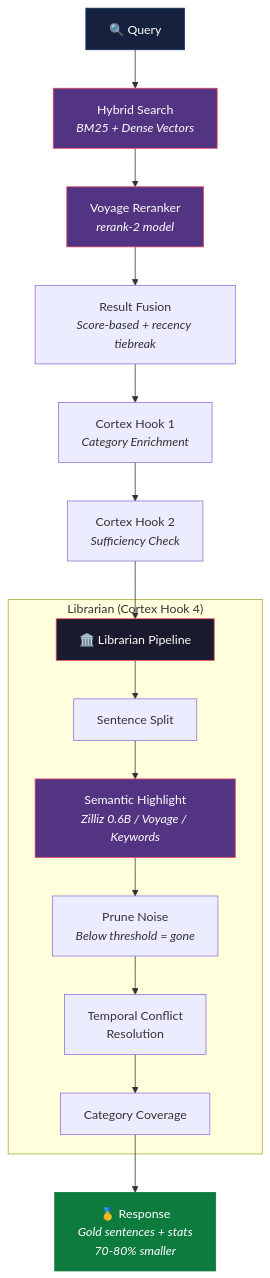
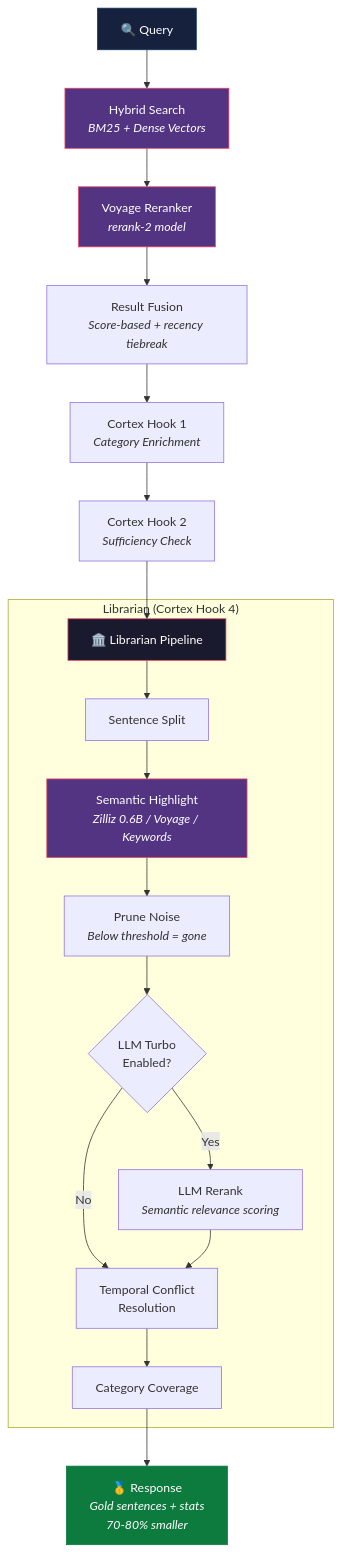
Before and after one commit to TC407-api/titan-memory: the tenth of 10 diagrams in README.md, drawn with Mermaid. The commit also changed other lines of this file and 13 other files, not shown here.

First line of the commit message:
feat: Titan Memory v2.1 — LLM Turbo Layer

````diff
--- a/README.md
+++ b/README.md
@@ -656,26 +697,29 @@
 ```mermaid
 graph TD
     Q["🔍 Query"] --> HS["Hybrid Search<br/><i>BM25 + Dense Vectors</i>"]
     HS --> VR["Voyage Reranker<br/><i>rerank-2 model</i>"]
     VR --> RRF["Result Fusion<br/><i>Score-based + recency tiebreak</i>"]
     RRF --> CB1["Cortex Hook 1<br/><i>Category Enrichment</i>"]
     CB1 --> CB2["Cortex Hook 2<br/><i>Sufficiency Check</i>"]
     CB2 --> LIB["🏛️ Librarian Pipeline"]
 
     subgraph "Librarian (Cortex Hook 4)"
         LIB --> SS["Sentence Split"]
         SS --> SEM["Semantic Highlight<br/><i>Zilliz 0.6B / Voyage / Keywords</i>"]
         SEM --> PRUNE["Prune Noise<br/><i>Below threshold = gone</i>"]
-        PRUNE --> TEMP["Temporal Conflict<br/>Resolution"]
+        PRUNE --> LLM{"LLM Turbo<br/>Enabled?"}
+        LLM -->|Yes| RERANK["LLM Rerank<br/><i>Semantic relevance scoring</i>"]
+        LLM -->|No| TEMP["Temporal Conflict<br/>Resolution"]
+        RERANK --> TEMP
         TEMP --> COV["Category Coverage"]
     end
 
     COV --> GOLD["🥇 Response<br/><i>Gold sentences + stats<br/>70-80% smaller</i>"]
 
     style Q fill:#16213e,stroke:#0f3460,color:#fff
     style HS fill:#533483,stroke:#e94560,color:#fff
     style VR fill:#533483,stroke:#e94560,color:#fff
     style LIB fill:#1a1a2e,stroke:#e94560,color:#fff
     style GOLD fill:#0d7a3e,stroke:#0d7a3e,color:#fff
     style SEM fill:#533483,stroke:#e94560,color:#fff
 ```
````
